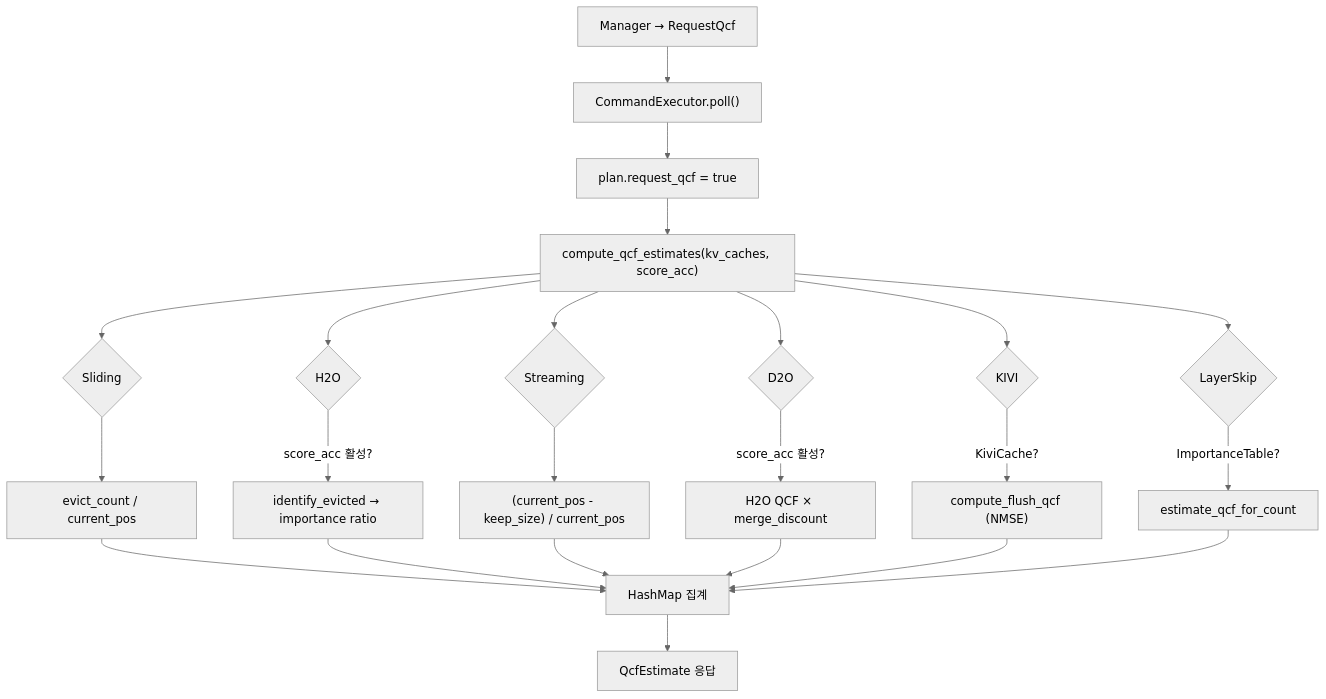
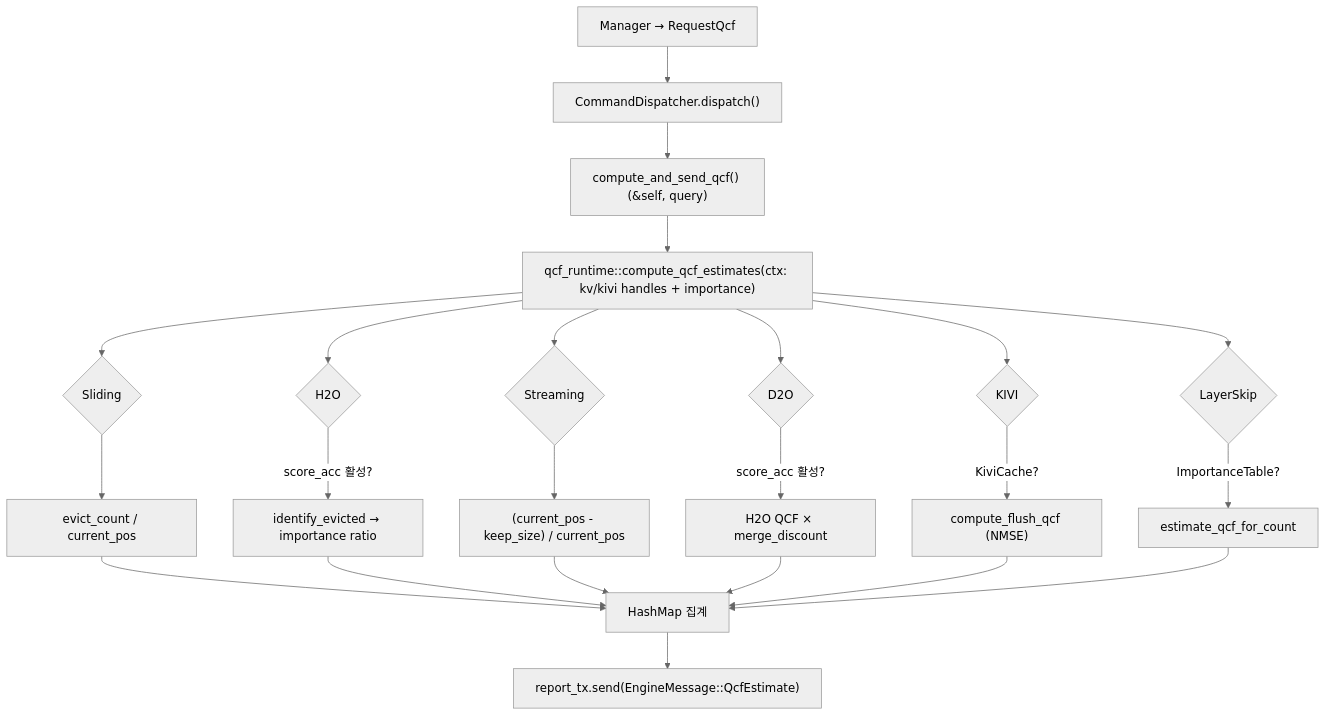
The fourth of 5 diagrams in arch/32-engine-algorithms.md (hedone21/llm_rs2), drawn with Mermaid (neutral theme) before and after one commit. The commit also changed other lines of this file and 2 other files, not shown here.

First line of the commit message:
docs(arch): AB-5 QCF estimate IPC 재배선 설계 — §5.8 신설 + 매핑표/32-algorithms 동기화

````diff
--- a/arch/32-engine-algorithms.md
+++ b/arch/32-engine-algorithms.md
@@ -381,25 +384,25 @@
 ```mermaid
 flowchart TD
-    A["Manager → RequestQcf"] --> B["CommandExecutor.poll()"]
-    B --> C["plan.request_qcf = true"]
-    C --> D["compute_qcf_estimates(kv_caches, score_acc)"]
+    A["Manager → RequestQcf"] --> B["CommandDispatcher.dispatch()"]
+    B --> C["compute_and_send_qcf() (&self, query)"]
+    C --> D["qcf_runtime::compute_qcf_estimates(ctx: kv/kivi handles + importance)"]
     D --> E{Sliding}
     D --> F{H2O}
     D --> G{Streaming}
     D --> H{D2O}
     D --> I{KIVI}
     D --> J{LayerSkip}
     E --> K["evict_count / current_pos"]
     F -->|"score_acc 활성?"| L["identify_evicted → importance ratio"]
     G --> M["(current_pos - keep_size) / current_pos"]
     H -->|"score_acc 활성?"| N["H2O QCF × merge_discount"]
     I -->|"KiviCache?"| O["compute_flush_qcf (NMSE)"]
     J -->|"ImportanceTable?"| P["estimate_qcf_for_count"]
     K --> Q["HashMap 집계"]
     L --> Q
     M --> Q
     N --> Q
     O --> Q
     P --> Q
-    Q --> R["QcfEstimate 응답"]
+    Q --> R["report_tx.send(EngineMessage::QcfEstimate)"]
 ```
````
